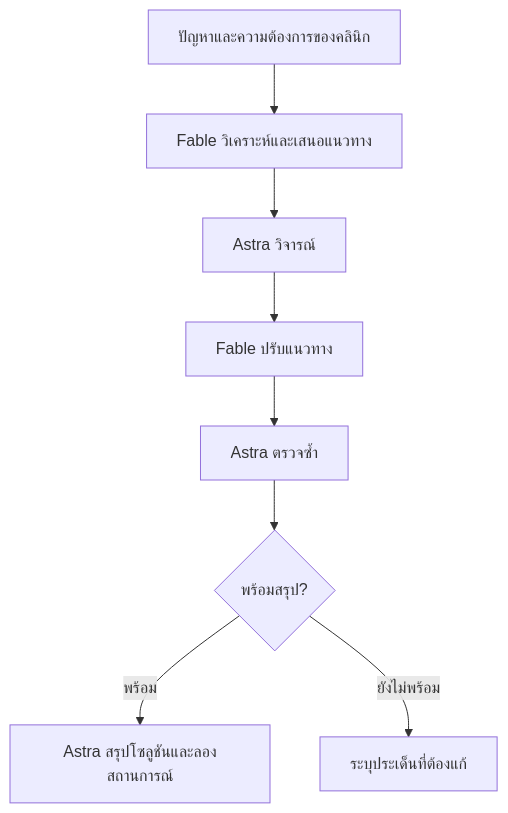
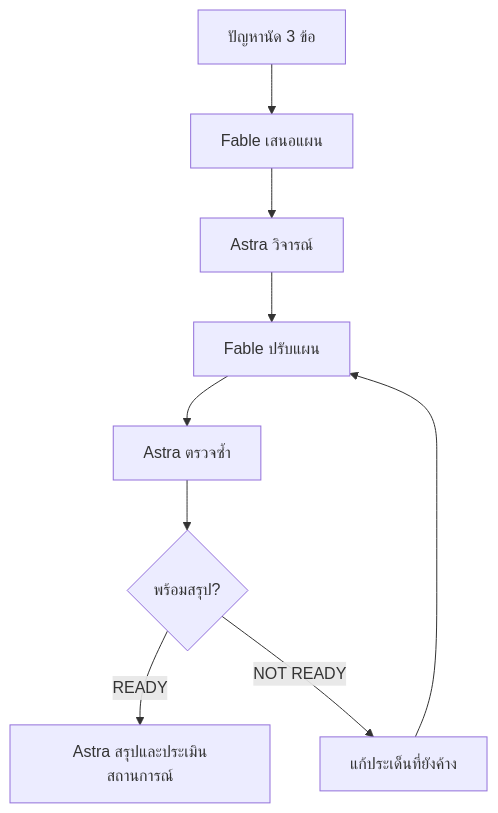
One commit to Tuchsanai/Teaching_CWN2026 changed the first of 2 diagrams in A/001_LAB_Setup_Multi_Account/README.md. Above: the diagram before and after it, drawn with Mermaid. The commit also changed other lines of this file and 16 other files, not shown here.

````diff
--- a/A/001_LAB_Setup_Multi_Account/README.md
+++ b/A/001_LAB_Setup_Multi_Account/README.md
@@ -525,10 +387,11 @@
 ```mermaid
 flowchart TD
-    A[ปัญหาและความต้องการของคลินิก] --> B[Fable วิเคราะห์และเสนอแนวทาง]
-    B --> C[Astra วิจารณ์]
-    C --> D[Fable ปรับแนวทาง]
-    D --> E[Astra ตรวจซ้ำ]
-    E --> F{พร้อมสรุป?}
-    F -->|พร้อม| G[Astra สรุปโซลูชันและลองสถานการณ์]
-    F -->|ยังไม่พร้อม| H[ระบุประเด็นที่ต้องแก้]
+ A[ปัญหานัด 3 ข้อ] --> B[Fable เสนอแผน]
+ B --> C[Astra วิจารณ์]
+ C --> D[Fable ปรับแผน]
+ D --> E[Astra ตรวจซ้ำ]
+ E --> F{พร้อมสรุป?}
+ F -->|READY| G[Astra สรุปและประเมินสถานการณ์]
+ F -->|NOT READY| H[แก้ประเด็นที่ยังค้าง]
+ H --> D
 ```
````
